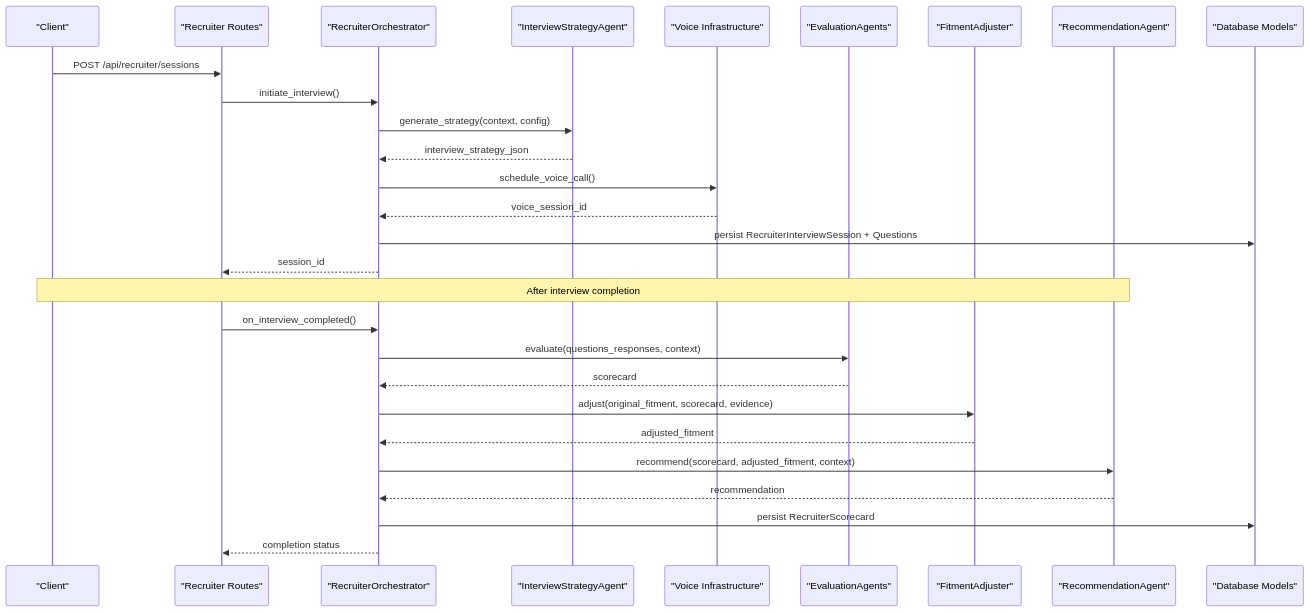
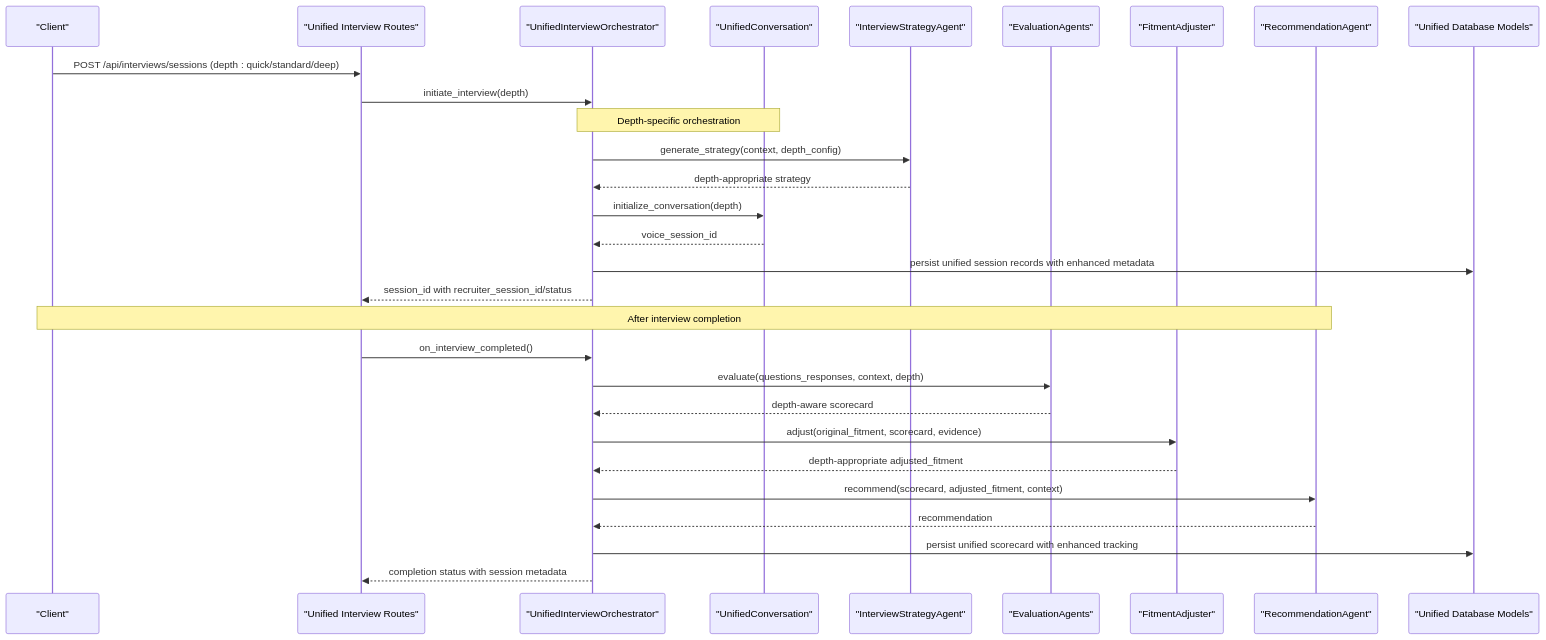
Before and after one commit to Revanththetalogics/aireume: the second of 5 diagrams in .qoder/repowiki/en/content/API Reference/Voice Screening System/AI Recruiter Module.md, drawn with Mermaid. The commit also changed other lines of this file and 32 other files, not shown here.

````diff
--- a/.qoder/repowiki/en/content/API Reference/Voice Screening System/AI Recruiter Module.md
+++ b/.qoder/repowiki/en/content/API Reference/Voice Screening System/AI Recruiter Module.md
@@ -108,30 +116,31 @@
 ```mermaid
 sequenceDiagram
 participant Client as "Client"
-participant Route as "Recruiter Routes"
-participant Orchestrator as "RecruiterOrchestrator"
+participant UnifiedRoute as "Unified Interview Routes"
+participant Orchestrator as "UnifiedInterviewOrchestrator"
+participant VoiceAgent as "UnifiedConversation"
 participant Strategy as "InterviewStrategyAgent"
-participant Voice as "Voice Infrastructure"
 participant Eval as "EvaluationAgents"
 participant Adjust as "FitmentAdjuster"
 participant Rec as "RecommendationAgent"
-participant DB as "Database Models"
-Client->>Route : POST /api/recruiter/sessions
-Route->>Orchestrator : initiate_interview()
-Orchestrator->>Strategy : generate_strategy(context, config)
-Strategy-->>Orchestrator : interview_strategy_json
-Orchestrator->>Voice : schedule_voice_call()
-Voice-->>Orchestrator : voice_session_id
-Orchestrator->>DB : persist RecruiterInterviewSession + Questions
-Orchestrator-->>Route : session_id
+participant DB as "Unified Database Models"
+Client->>UnifiedRoute : POST /api/interviews/sessions (depth : quick/standard/deep)
+UnifiedRoute->>Orchestrator : initiate_interview(depth)
+Note over Orchestrator,VoiceAgent : Depth-specific orchestration
+Orchestrator->>Strategy : generate_strategy(context, depth_config)
+Strategy-->>Orchestrator : depth-appropriate strategy
+Orchestrator->>VoiceAgent : initialize_conversation(depth)
+VoiceAgent-->>Orchestrator : voice_session_id
+Orchestrator->>DB : persist unified session records with enhanced metadata
+Orchestrator-->>UnifiedRoute : session_id with recruiter_session_id/status
 Note over Client,Rec : After interview completion
-Route->>Orchestrator : on_interview_completed()
-Orchestrator->>Eval : evaluate(questions_responses, context)
-Eval-->>Orchestrator : scorecard
+UnifiedRoute->>Orchestrator : on_interview_completed()
+Orchestrator->>Eval : evaluate(questions_responses, context, depth)
+Eval-->>Orchestrator : depth-aware scorecard
 Orchestrator->>Adjust : adjust(original_fitment, scorecard, evidence)
-Adjust-->>Orchestrator : adjusted_fitment
+Adjust-->>Orchestrator : depth-appropriate adjusted_fitment
 Orchestrator->>Rec : recommend(scorecard, adjusted_fitment, context)
 Rec-->>Orchestrator : recommendation
-Orchestrator->>DB : persist RecruiterScorecard
-Orchestrator-->>Route : completion status
+Orchestrator->>DB : persist unified scorecard with enhanced tracking
+Orchestrator-->>UnifiedRoute : completion status with session metadata
 ```
````
